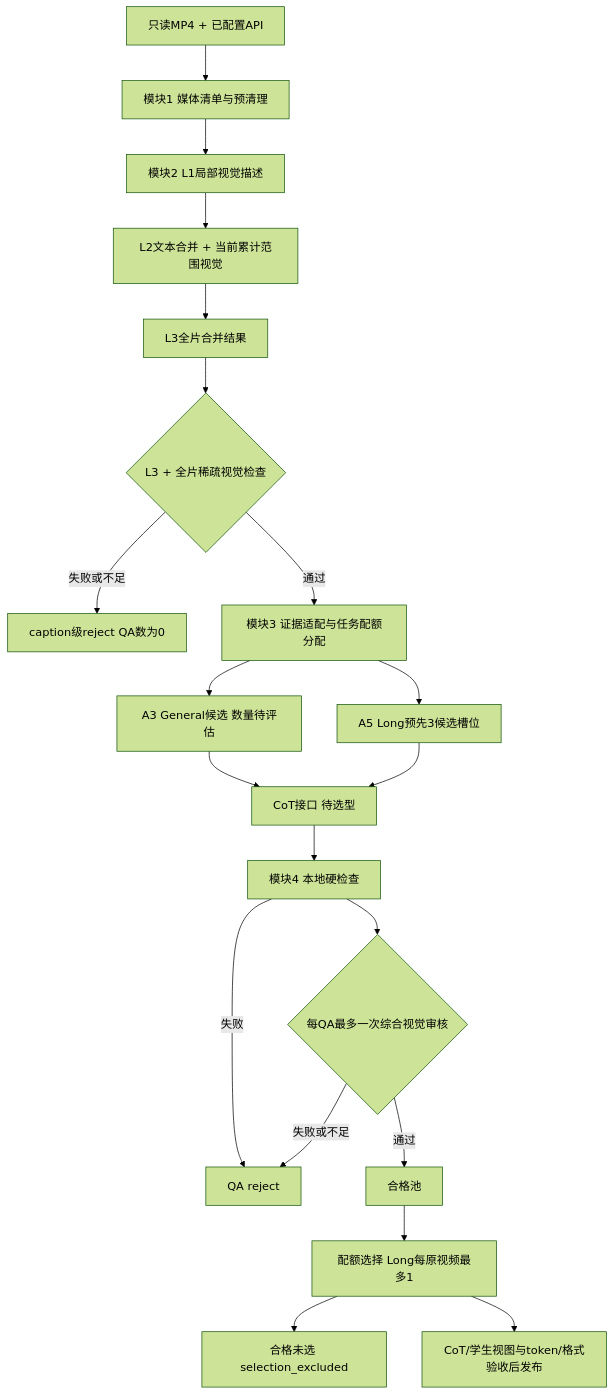
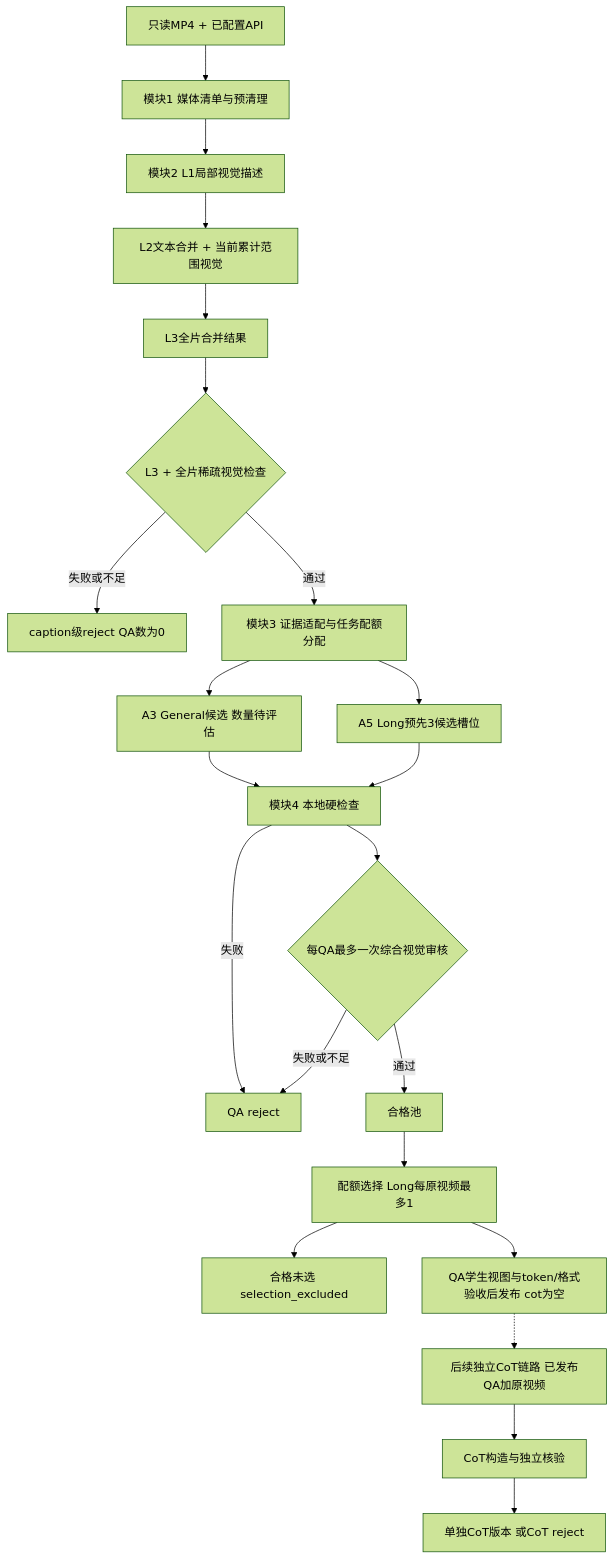
One commit to Tiachi/video-sft-builder changed the diagram in docs/video_sft_four_module_project_outline_2026-10-20.md. Above: the diagram before and after it, drawn with Mermaid (forest theme). The commit also changed other lines of this file and 16 other files, not shown here.

````diff
--- a/docs/video_sft_four_module_project_outline_2026-10-20.md
+++ b/docs/video_sft_four_module_project_outline_2026-10-20.md
@@ -42,22 +43,24 @@
 ```mermaid
 flowchart TD
   I[只读MP4 + 已配置API] --> M1[模块1 媒体清单与预清理]
   M1 --> L1[模块2 L1局部视觉描述]
   L1 --> L2[L2文本合并 + 当前累计范围视觉]
   L2 --> L3[L3全片合并结果]
   L3 --> CG{L3 + 全片稀疏视觉检查}
   CG -->|失败或不足| CR[caption级reject QA数为0]
   CG -->|通过| ROUTE[模块3 证据适配与任务配额分配]
   ROUTE --> G[A3 General候选 数量待评估]
   ROUTE --> L[A5 Long预先3候选槽位]
-  G --> C[CoT接口 待选型]
-  L --> C
-  C --> LOCAL[模块4 本地硬检查]
+  G --> LOCAL[模块4 本地硬检查]
+  L --> LOCAL
   LOCAL --> A7{每QA最多一次综合视觉审核}
   LOCAL -->|失败| QR[QA reject]
   A7 -->|失败或不足| QR
   A7 -->|通过| POOL[合格池]
   POOL --> SEL[配额选择 Long每原视频最多1]
   SEL --> EX[合格未选 selection_excluded]
-  SEL --> REL[CoT/学生视图与token/格式验收后发布]
+  SEL --> REL[QA学生视图与token/格式验收后发布 cot为空]
+  REL -.-> CI[后续独立CoT链路 已发布QA加原视频]
+  CI --> CV[CoT构造与独立核验]
+  CV --> CO[单独CoT版本 或CoT reject]
 ```
````
